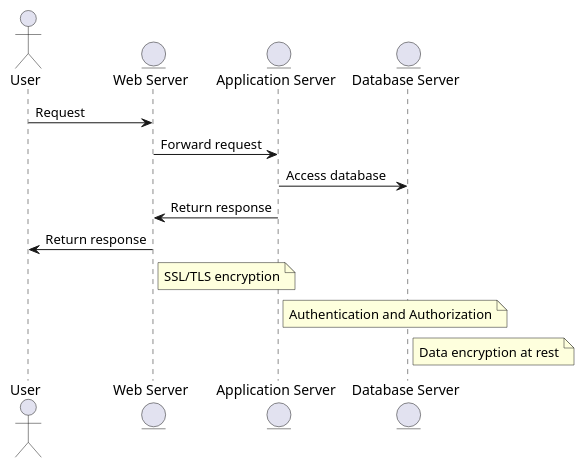
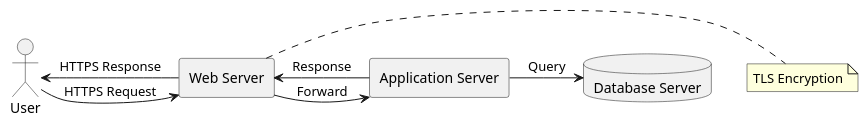
Before and after one commit to alessiagatto/documenter-agent: the diagram in docs/generated/diagrams/security_diagram.puml, drawn with PlantUML. The commit also changed 9 other files, not shown here.

Commit message:
Integrazione Vision LLM per analisi automatica dei diagrammi UML e rigenerazione migliorata del sequence diagram. Aggiunta compilazione automatica PlantUML e correzione pipeline generazione diagrammi.

```diff
--- a/docs/generated/diagrams/security_diagram.puml
+++ b/docs/generated/diagrams/security_diagram.puml
@@ -1,25 +1,16 @@
 @startuml
 actor User
-entity "Web Server" as WebServer
-entity "Application Server" as AppServer
-entity "Database Server" as DBServer
+rectangle "Web Server" as WebServer
+rectangle "Application Server" as AppServer
+database "Database Server" as DBServer
 
-User -> WebServer : Request
-WebServer -> AppServer : Forward request
-AppServer -> DBServer : Access database
-AppServer -> WebServer : Return response
-WebServer -> User : Return response
+User -> WebServer : HTTPS Request
+WebServer -> AppServer : Forward
+AppServer -> DBServer : Query
+AppServer -> WebServer : Response
+WebServer -> User : HTTPS Response
 
 note right of WebServer
-    SSL/TLS encryption
+TLS Encryption
 end note
-
-note right of AppServer
-    Authentication and Authorization
-end note
-
-note right of DBServer
-    Data encryption at rest
-end note
-
 @enduml
```
